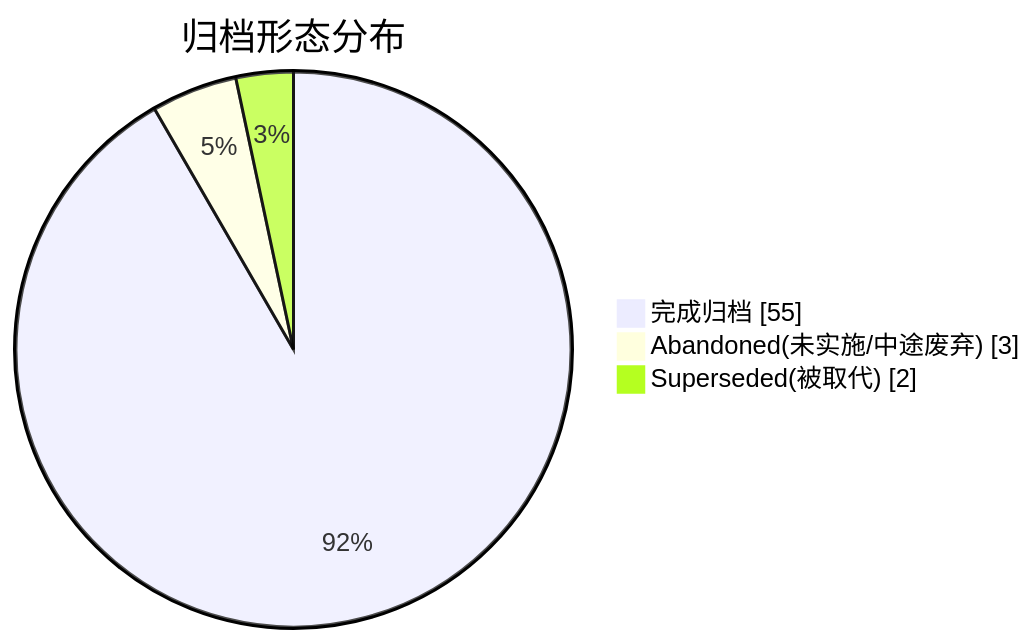
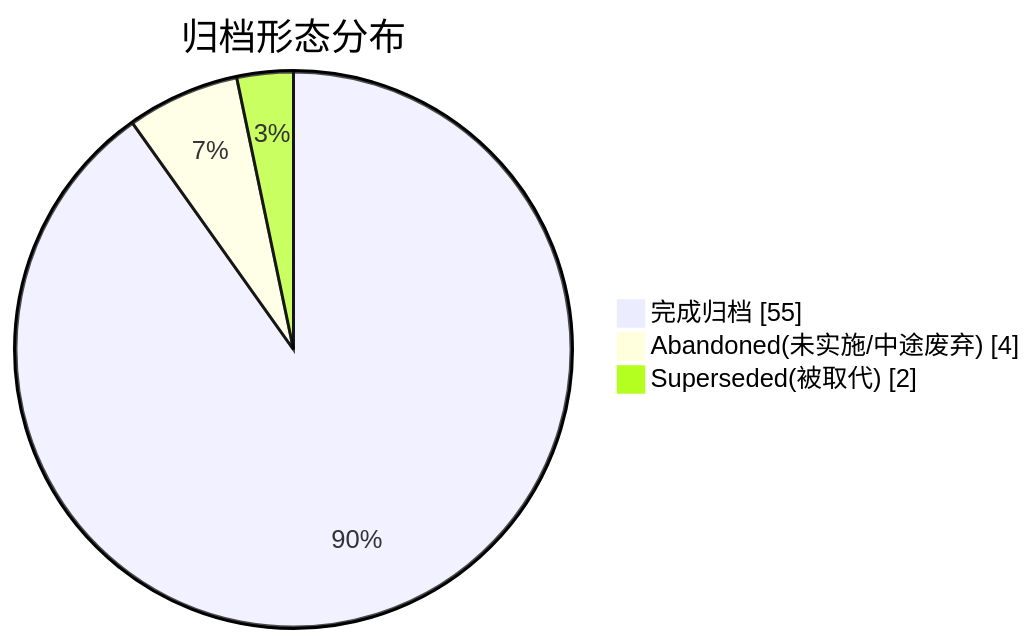
One commit to golddream-y/obsidian-ratel changed the second of 2 diagrams in docs/superpowers/ARCHIVE.md. Above: the diagram before and after it, drawn with Mermaid. The commit also changed other lines of this file and 3 other files, not shown here.

````diff
--- a/docs/superpowers/ARCHIVE.md
+++ b/docs/superpowers/ARCHIVE.md
@@ -24,6 +24,6 @@
 ```mermaid
 pie showData title 归档形态分布
     "完成归档" : 55
-    "Abandoned(未实施/中途废弃)" : 3
+    "Abandoned(未实施/中途废弃)" : 4
     "Superseded(被取代)" : 2
 ```
````
